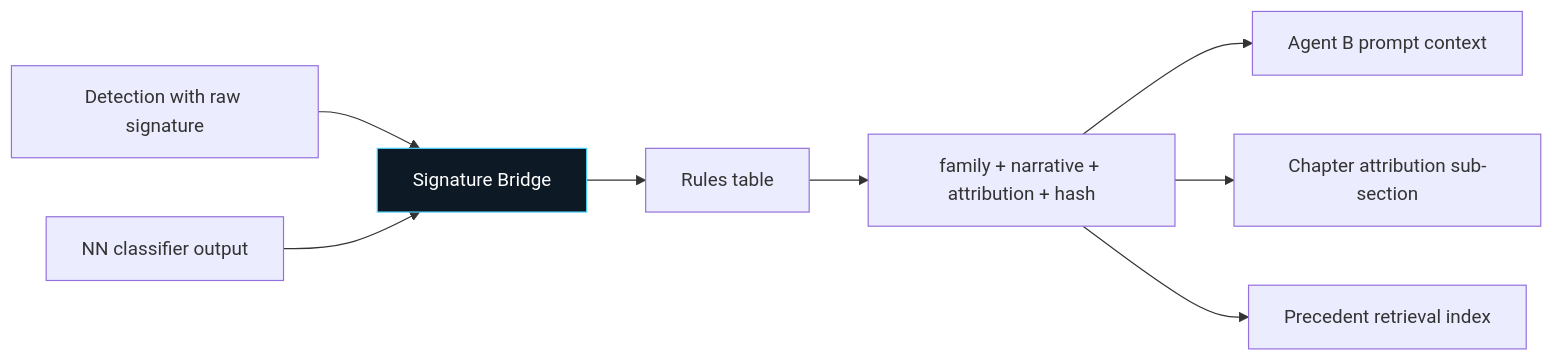
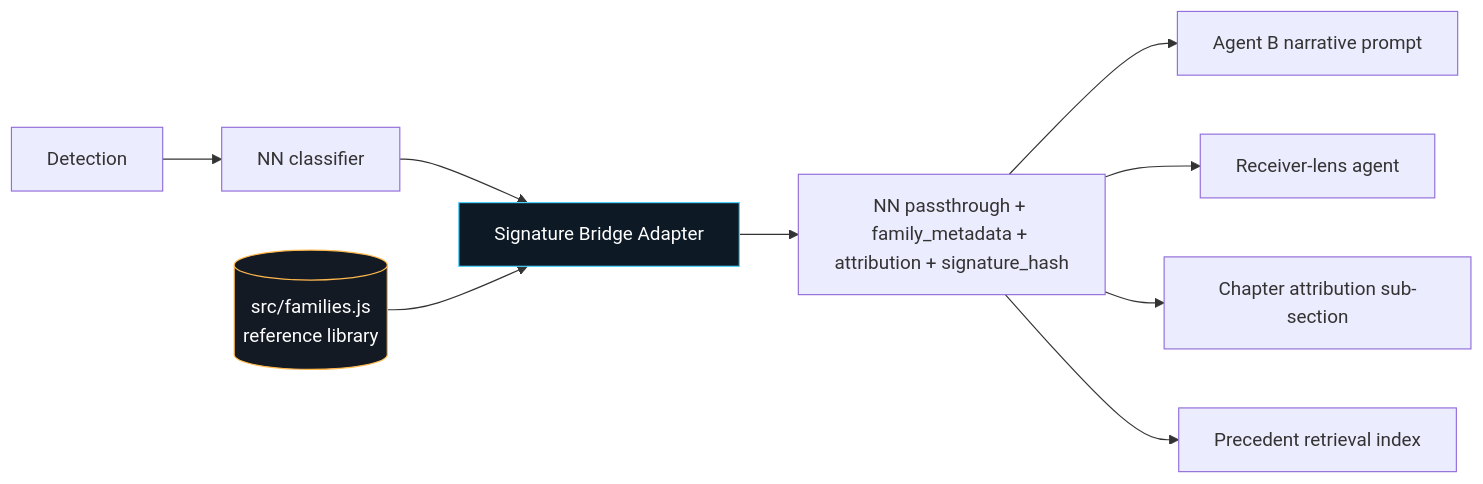
The ninth of 12 diagrams in docs/integration-contracts.md (Luckyluc321/ISR-Systems-c2-platform), drawn with Mermaid before and after one commit. The commit also changed other lines of this file and 2 other files, not shown here.

First line of the commit message:
Signature reshape Step 3: docs updated to NN-adapter shape

````diff
--- a/docs/integration-contracts.md
+++ b/docs/integration-contracts.md
@@ -1555,13 +1571,16 @@
 ```mermaid
 flowchart LR
-  DET[Detection with raw signature]
-  NN[NN classifier output]
-  DET --> SB[Signature Bridge]
-  NN --> SB
-  SB --> RULES[Rules table]
-  RULES --> OUT[family + narrative + attribution + hash]
-  OUT --> AB[Agent B prompt context]
+  DET[Detection]
+  NN[NN classifier]
+  DET --> NN
+  NN --> SB[Signature Bridge Adapter]
+  LIB[(src/families.js<br/>reference library)]
+  LIB --> SB
+  SB --> OUT[NN passthrough + family_metadata + attribution + signature_hash]
+  OUT --> AB[Agent B narrative prompt]
+  OUT --> LENS[Receiver-lens agent]
   OUT --> CHAP[Chapter attribution sub-section]
   OUT --> PREC[Precedent retrieval index]
   style SB fill:#0d1a26,stroke:#4dd2ff,color:#fff
+  style LIB fill:#141a24,stroke:#ffb84d,color:#fff
 ```
````
